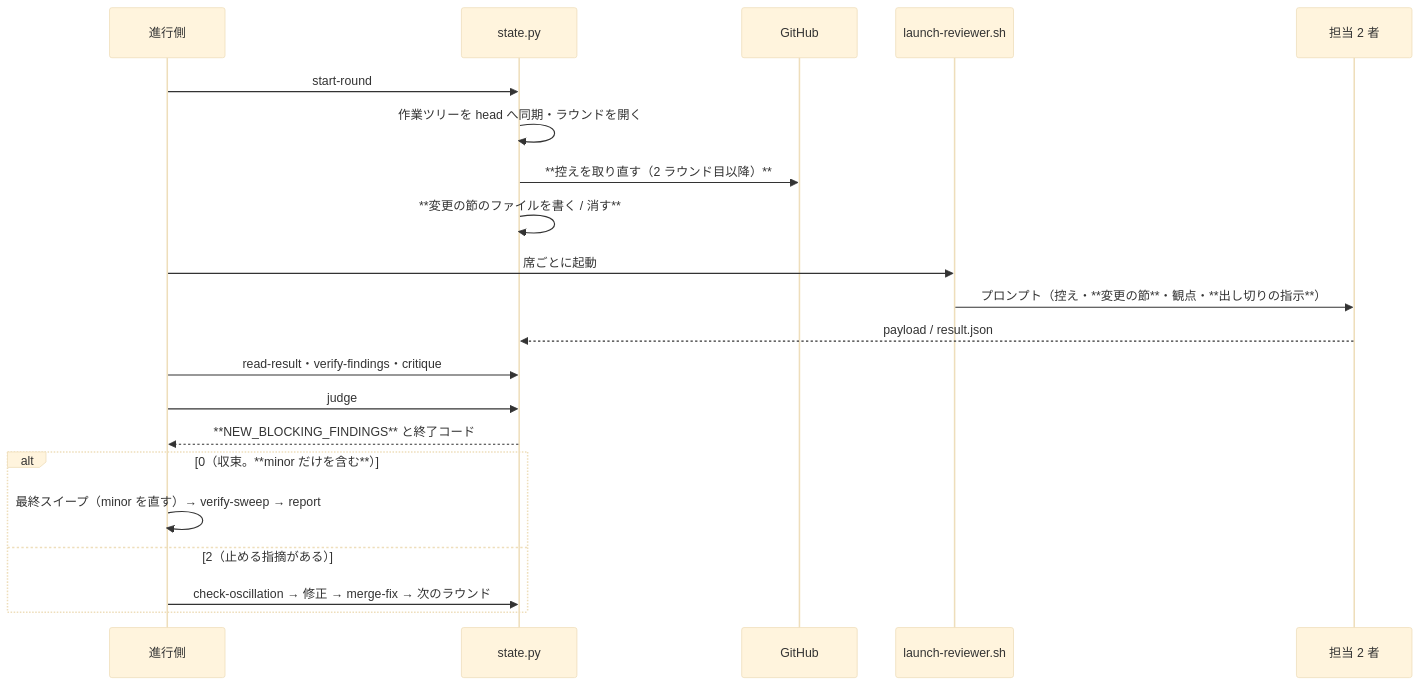
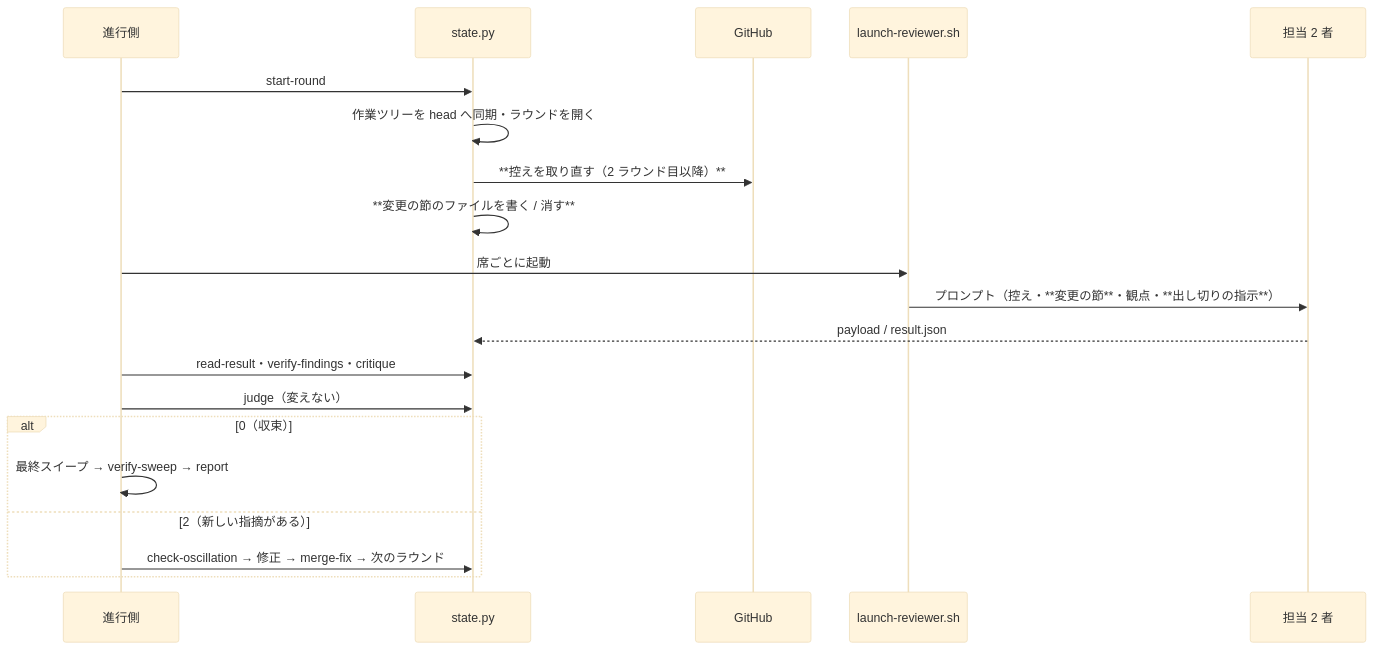
One commit to devbasex/ai-plugins changed the fourth of 4 diagrams in issues/issue-542-786-design.md. Above: the diagram before and after it, drawn with Mermaid (base theme). The commit also changed other lines of this file and 2 other files, not shown here.

First line of the commit message:
Docs: #542 minor だけで収束する案を取り下げ、収束の判定は変えないと決める

````diff
--- a/issues/issue-542-786-design.md
+++ b/issues/issue-542-786-design.md
@@ -280,23 +251,22 @@
 ```mermaid
 sequenceDiagram
   participant P as 進行側
   participant S as state.py
   participant G as GitHub
   participant L as launch-reviewer.sh
   participant C as 担当 2 者
   P->>S: start-round
   S->>S: 作業ツリーを head へ同期・ラウンドを開く
   S->>G: **控えを取り直す（2 ラウンド目以降）**
   S->>S: **変更の節のファイルを書く / 消す**
   P->>L: 席ごとに起動
   L->>C: プロンプト（控え・**変更の節**・観点・**出し切りの指示**）
   C-->>S: payload / result.json
   P->>S: read-result・verify-findings・critique
-  P->>S: judge
-  S-->>P: **NEW_BLOCKING_FINDINGS** と終了コード
-  alt 0（収束。**minor だけを含む**）
-    P->>P: 最終スイープ（minor を直す）→ verify-sweep → report
-  else 2（止める指摘がある）
+  P->>S: judge（変えない）
+  alt 0（収束）
+    P->>P: 最終スイープ → verify-sweep → report
+  else 2（新しい指摘がある）
     P->>S: check-oscillation → 修正 → merge-fix → 次のラウンド
   end
 ```
````
